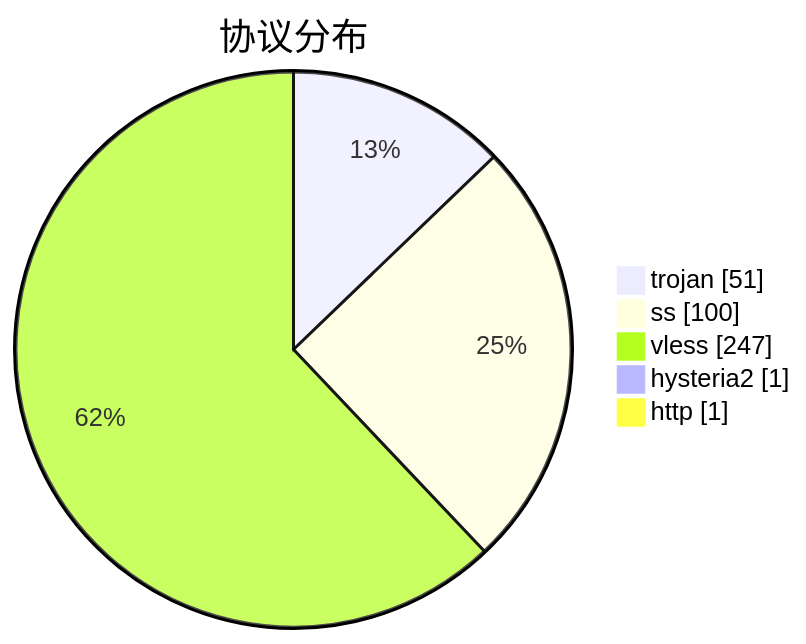
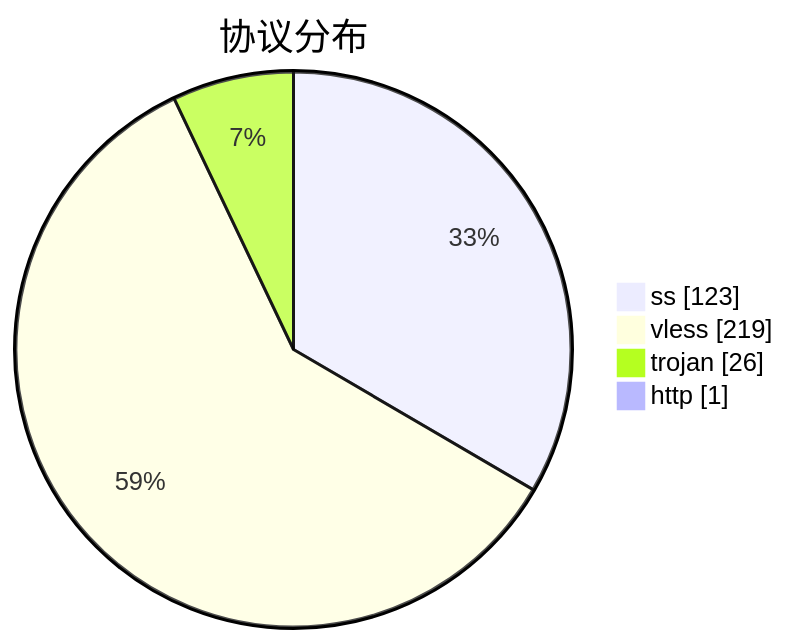
Before and after one commit to qjlxg/airport: the third of 3 diagrams in subs/statistics/tested_within.md, drawn with Mermaid. The commit also changed other lines of this file and 2 other files, not shown here.

````diff
--- a/subs/statistics/tested_within.md
+++ b/subs/statistics/tested_within.md
@@ -19,9 +19,8 @@
 ```mermaid
 pie showData
 title 协议分布
-"trojan" : 51
-"ss" : 100
-"vless" : 247
-"hysteria2" : 1
+"ss" : 123
+"vless" : 219
+"trojan" : 26
 "http" : 1
 ```
````
